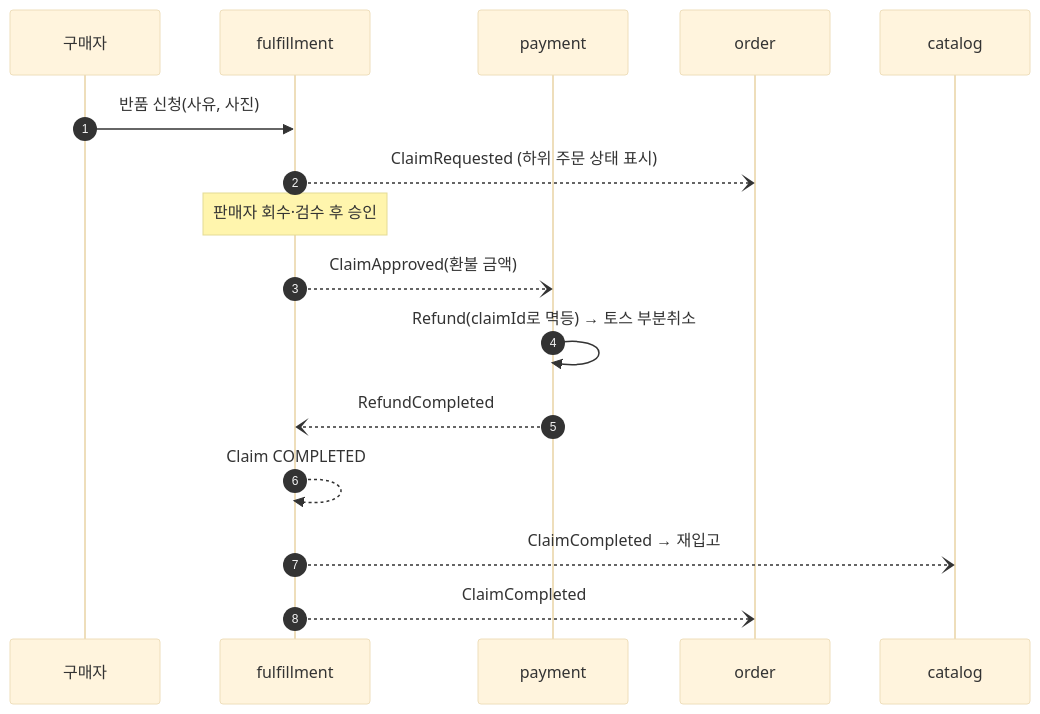
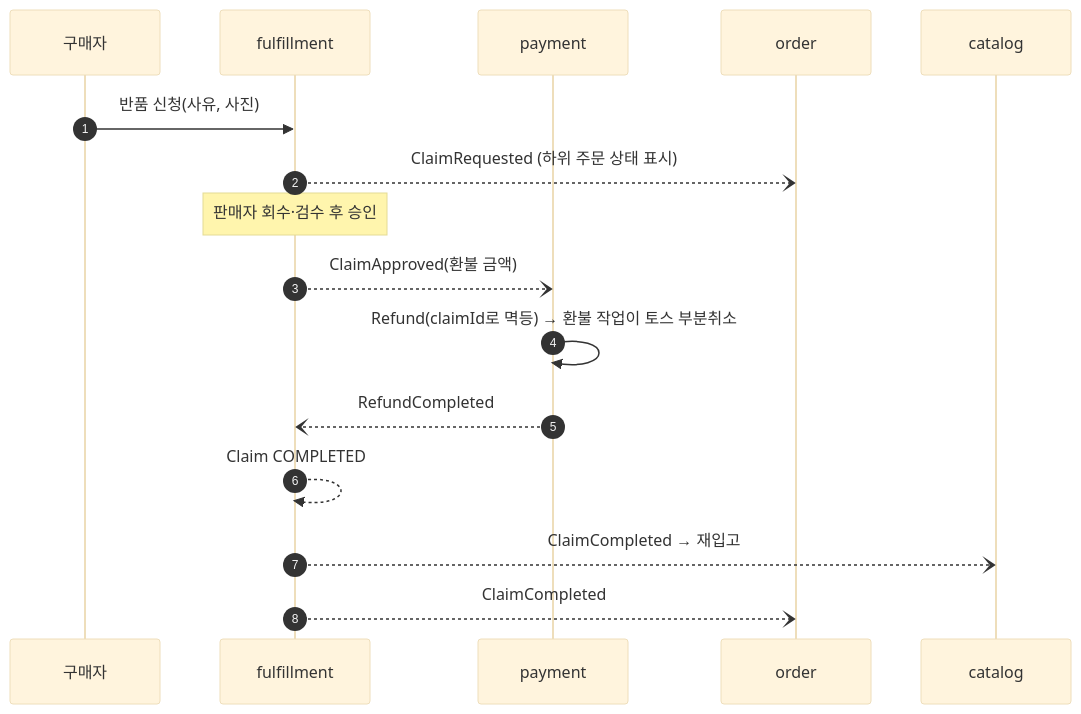
Before and after one commit to okabedev/open-market: the second of 2 diagrams in docs/architecture/messaging.md, drawn with Mermaid (base theme). The commit also changed other lines of this file and 8 other files, not shown here.

````diff
--- a/docs/architecture/messaging.md
+++ b/docs/architecture/messaging.md
@@ -154,18 +154,18 @@
 ```mermaid
 sequenceDiagram
   autonumber
   participant B as 구매자
   participant F as fulfillment
   participant Y as payment
   participant O as order
   participant C as catalog
   B->>F: 반품 신청(사유, 사진)
   F--)O: ClaimRequested (하위 주문 상태 표시)
   Note over F: 판매자 회수·검수 후 승인
   F--)Y: ClaimApproved(환불 금액)
-  Y->>Y: Refund(claimId로 멱등) → 토스 부분취소
+  Y->>Y: Refund(claimId로 멱등) → 환불 작업이 토스 부분취소
   Y--)F: RefundCompleted
   F-->>F: Claim COMPLETED
   F--)C: ClaimCompleted → 재입고
   F--)O: ClaimCompleted
 ```
````
